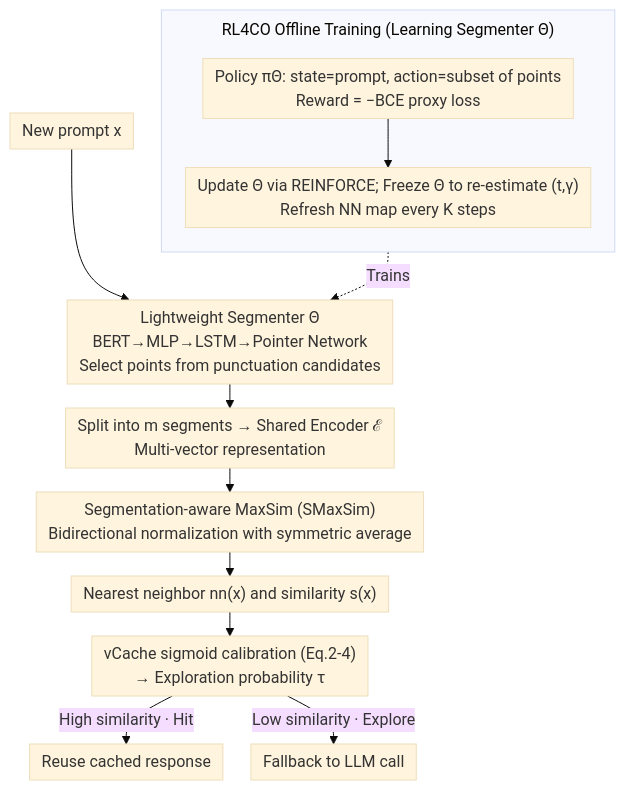
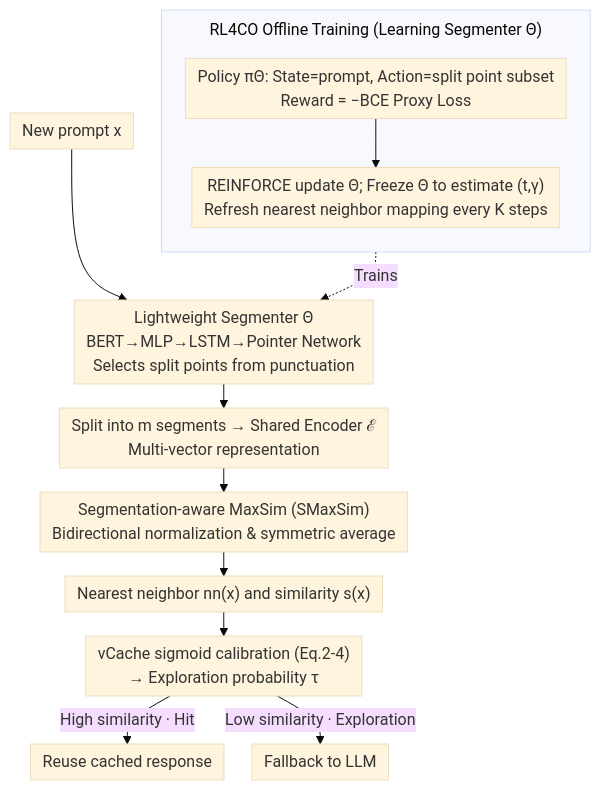
Before and after one commit to zhaoyang97/Paper-Notes-en: the diagram in docs/ICML2026/segmentation/mvr-cache_optimizing_semantic_caching_via_multi-vector_retrieval_and_learned_pro.md, drawn with Mermaid (base theme). The commit also changed other lines of this file and 5084 other files, not shown here.

````diff
--- a/docs/ICML2026/segmentation/mvr-cache_optimizing_semantic_caching_via_multi-vector_retrieval_and_learned_pro.md
+++ b/docs/ICML2026/segmentation/mvr-cache_optimizing_semantic_caching_via_multi-vector_retrieval_and_learned_pro.md
@@ -47,18 +47,18 @@
 ```mermaid
 %%{init: {'flowchart': {'rankSpacing': 24, 'nodeSpacing': 28, 'padding': 6, 'wrappingWidth': 400, 'subGraphTitleMargin': {'top': 8, 'bottom': 16}}}}%%
 flowchart TD
-    A["New prompt x"] --> B["Lightweight Segmenter Θ<br/>BERT→MLP→LSTM→Pointer Network<br/>Select points from punctuation candidates"]
+    A["New prompt x"] --> B["Lightweight Segmenter Θ<br/>BERT→MLP→LSTM→Pointer Network<br/>Selects split points from punctuation"]
     B --> C["Split into m segments → Shared Encoder ℰ<br/>Multi-vector representation"]
-    C --> D["Segmentation-aware MaxSim (SMaxSim)<br/>Bidirectional normalization with symmetric average"]
+    C --> D["Segmentation-aware MaxSim (SMaxSim)<br/>Bidirectional normalization & symmetric average"]
     D --> E["Nearest neighbor nn(x) and similarity s(x)"]
     E --> F["vCache sigmoid calibration (Eq.2-4)<br/>→ Exploration probability τ"]
     F -->|High similarity · Hit| G["Reuse cached response"]
-    F -->|Low similarity · Explore| H["Fallback to LLM call"]
+    F -->|Low similarity · Exploration| H["Fallback to LLM"]
     subgraph TR["RL4CO Offline Training (Learning Segmenter Θ)"]
         direction TB
-        T1["Policy πΘ: state=prompt, action=subset of points<br/>Reward = −BCE proxy loss"]
-        T2["Update Θ via REINFORCE; Freeze Θ to re-estimate (t,γ)<br/>Refresh NN map every K steps"]
+        T1["Policy πΘ: State=prompt, Action=split point subset<br/>Reward = −BCE Proxy Loss"]
+        T2["REINFORCE update Θ; Freeze Θ to estimate (t,γ)<br/>Refresh nearest neighbor mapping every K steps"]
         T1 --> T2
     end
     TR -.Trains.-> B
 ```
````
